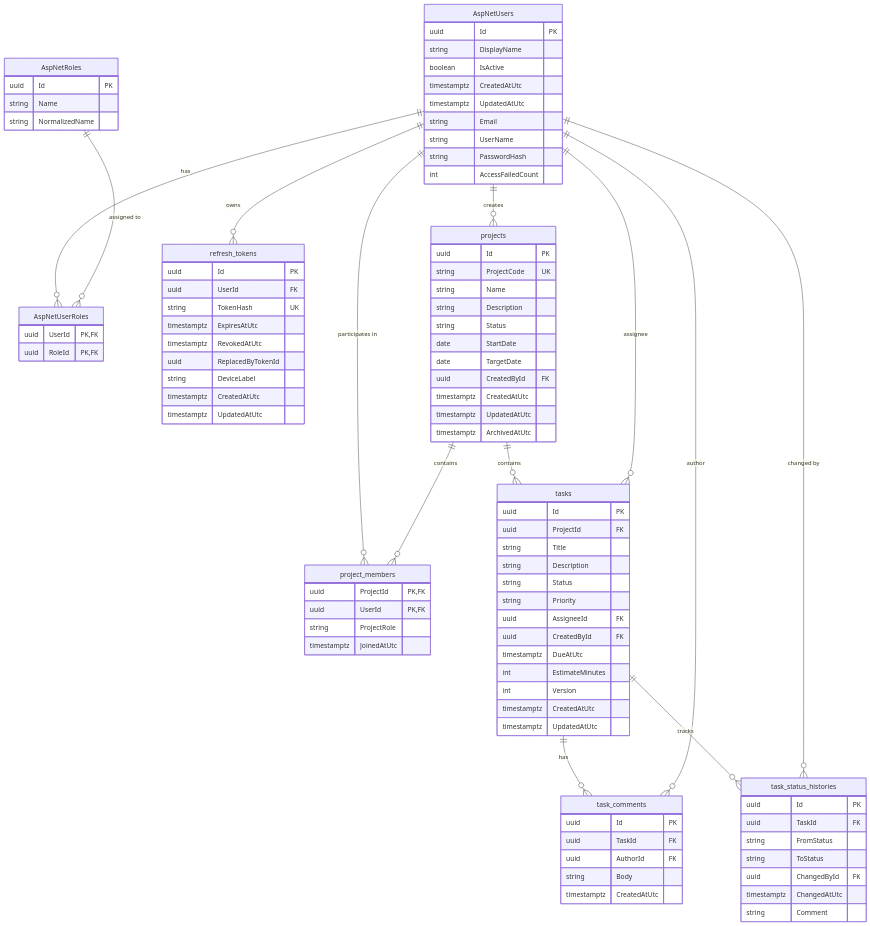
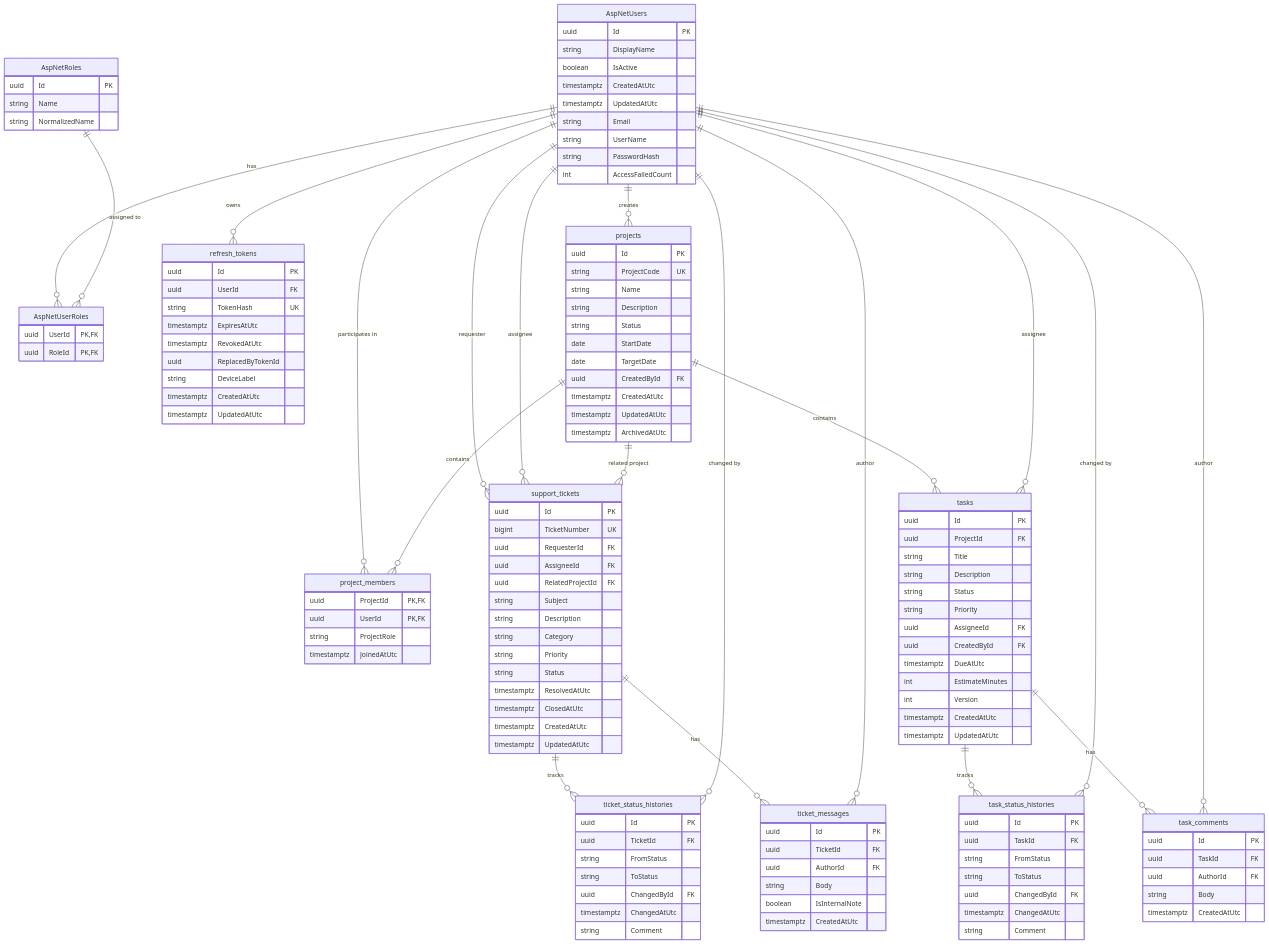
The diagram in docs/erd.mmd (layanpro123456/WorkFlowPro), drawn with Mermaid before and after one commit. The commit also changed 24 other files, not shown here.

```diff
--- a/docs/erd.mmd
+++ b/docs/erd.mmd
@@ -1,103 +1,146 @@
 erDiagram
     AspNetUsers ||--o{ AspNetUserRoles : "has"
     AspNetRoles ||--o{ AspNetUserRoles : "assigned to"
     AspNetUsers ||--o{ refresh_tokens : "owns"
     AspNetUsers ||--o{ projects : "creates"
     AspNetUsers ||--o{ project_members : "participates in"
     projects ||--o{ project_members : "contains"
     projects ||--o{ tasks : "contains"
     AspNetUsers ||--o{ tasks : "assignee"
     tasks ||--o{ task_comments : "has"
     AspNetUsers ||--o{ task_comments : "author"
     tasks ||--o{ task_status_histories : "tracks"
     AspNetUsers ||--o{ task_status_histories : "changed by"
+    AspNetUsers ||--o{ support_tickets : "requester"
+    AspNetUsers ||--o{ support_tickets : "assignee"
+    projects ||--o{ support_tickets : "related project"
+    support_tickets ||--o{ ticket_messages : "has"
+    AspNetUsers ||--o{ ticket_messages : "author"
+    support_tickets ||--o{ ticket_status_histories : "tracks"
+    AspNetUsers ||--o{ ticket_status_histories : "changed by"
 
     AspNetUsers {
         uuid Id PK
         string DisplayName
         boolean IsActive
         timestamptz CreatedAtUtc
         timestamptz UpdatedAtUtc
         string Email
         string UserName
         string PasswordHash
         int AccessFailedCount
     }
 
     AspNetRoles {
         uuid Id PK
         string Name
         string NormalizedName
     }
 
     AspNetUserRoles {
         uuid UserId PK, FK
         uuid RoleId PK, FK
     }
 
     refresh_tokens {
         uuid Id PK
         uuid UserId FK
         string TokenHash UK
         timestamptz ExpiresAtUtc
         timestamptz RevokedAtUtc
         uuid ReplacedByTokenId
         string DeviceLabel
         timestamptz CreatedAtUtc
         timestamptz UpdatedAtUtc
     }
 
     projects {
         uuid Id PK
         string ProjectCode UK
         string Name
         string Description
         string Status
         date StartDate
         date TargetDate
         uuid CreatedById FK
         timestamptz CreatedAtUtc
         timestamptz UpdatedAtUtc
         timestamptz ArchivedAtUtc
     }
 
     project_members {
         uuid ProjectId PK, FK
         uuid UserId PK, FK
         string ProjectRole
         timestamptz JoinedAtUtc
     }
 
     tasks {
         uuid Id PK
         uuid ProjectId FK
         string Title
         string Description
         string Status
         string Priority
         uuid AssigneeId FK
         uuid CreatedById FK
         timestamptz DueAtUtc
         int EstimateMinutes
         int Version
         timestamptz CreatedAtUtc
         timestamptz UpdatedAtUtc
     }
 
     task_comments {
         uuid Id PK
         uuid TaskId FK
         uuid AuthorId FK
         string Body
         timestamptz CreatedAtUtc
     }
 
     task_status_histories {
         uuid Id PK
         uuid TaskId FK
         string FromStatus
         string ToStatus
         uuid ChangedById FK
         timestamptz ChangedAtUtc
         string Comment
     }
+
+    support_tickets {
+        uuid Id PK
+        bigint TicketNumber UK
+        uuid RequesterId FK
+        uuid AssigneeId FK
+        uuid RelatedProjectId FK
+        string Subject
+        string Description
+        string Category
+        string Priority
+        string Status
+        timestamptz ResolvedAtUtc
+        timestamptz ClosedAtUtc
+        timestamptz CreatedAtUtc
+        timestamptz UpdatedAtUtc
+    }
+
+    ticket_messages {
+        uuid Id PK
+        uuid TicketId FK
+        uuid AuthorId FK
+        string Body
+        boolean IsInternalNote
+        timestamptz CreatedAtUtc
+    }
+
+    ticket_status_histories {
+        uuid Id PK
+        uuid TicketId FK
+        string FromStatus
+        string ToStatus
+        uuid ChangedById FK
+        timestamptz ChangedAtUtc
+        string Comment
+    }
```
